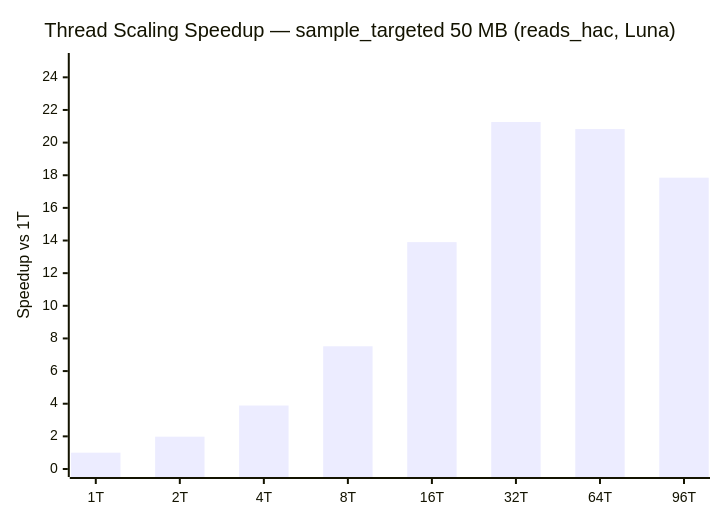
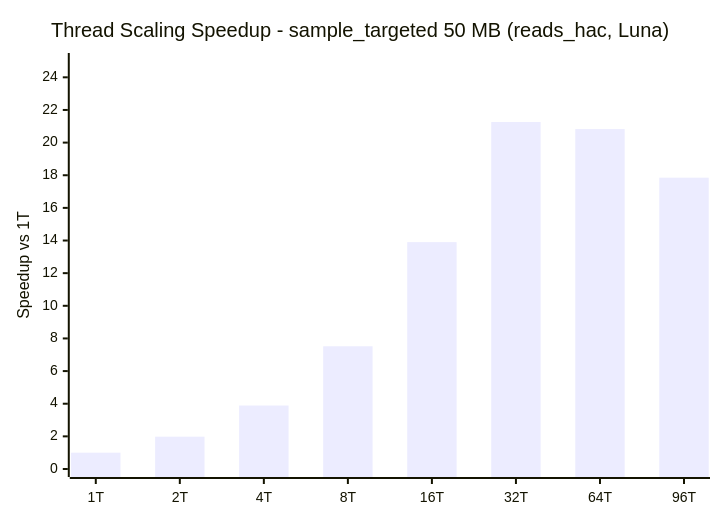
One commit to KathpaliaChirag/Nanopore-project changed diagram 15 of 26 in README.md. Above: the diagram before and after it, drawn with Mermaid. The commit also changed other lines of this file and 4 other files, not shown here.

````diff
--- a/README.md
+++ b/README.md
@@ -616,7 +651,7 @@
 ```mermaid
 xychart-beta
-    title "Thread Scaling Speedup — sample_targeted 50 MB (reads_hac, Luna)"
+    title "Thread Scaling Speedup - sample_targeted 50 MB (reads_hac, Luna)"
     x-axis ["1T", "2T", "4T", "8T", "16T", "32T", "64T", "96T"]
     y-axis "Speedup vs 1T" 0 --> 25
     bar [1.0, 1.98, 3.89, 7.52, 13.90, 21.26, 20.83, 17.85]
 ```
````
